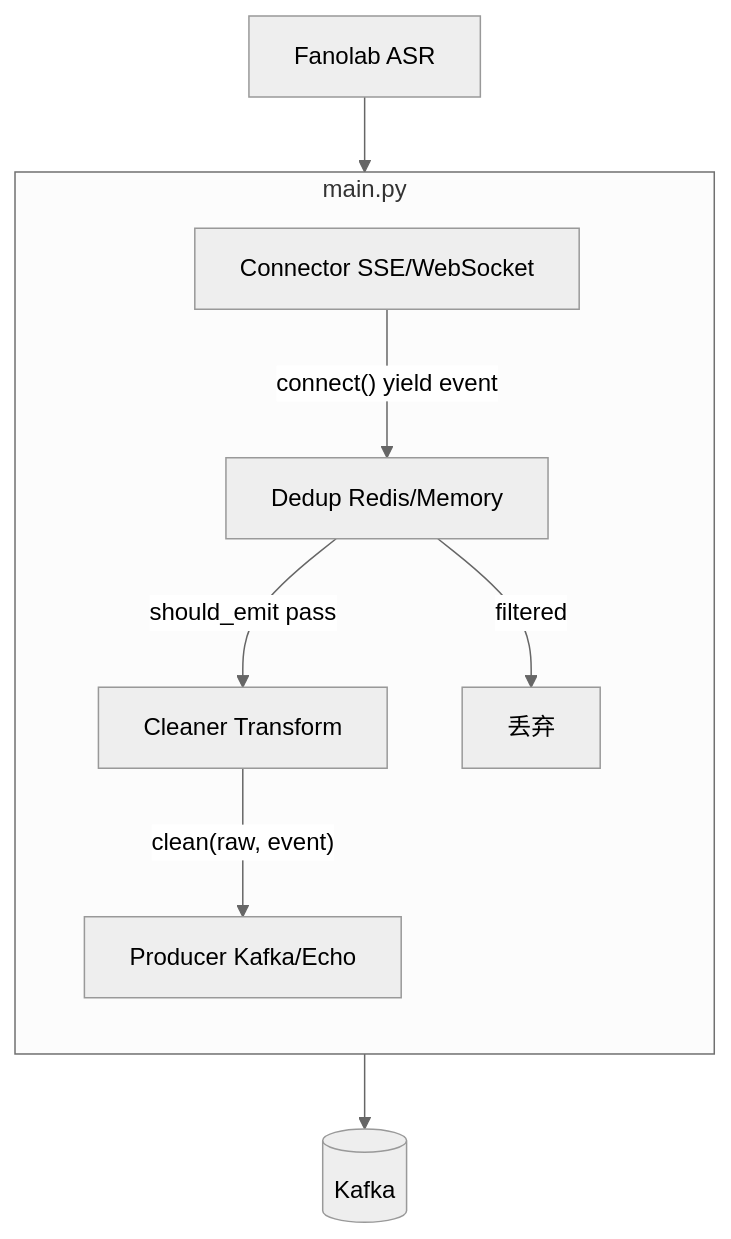
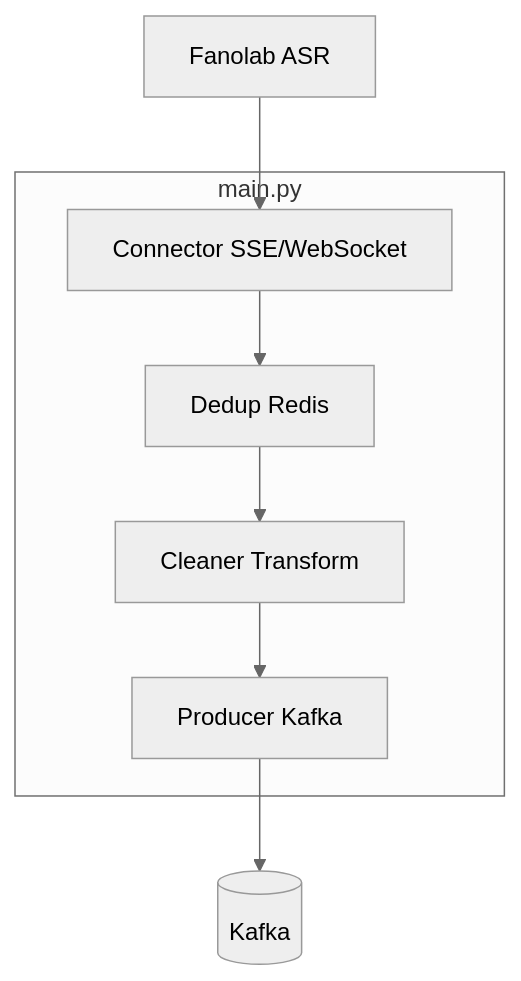
One commit to xiaodouya001/transcribe_service changed the first of 2 diagrams in README.md. Above: the diagram before and after it, drawn with Mermaid (neutral theme). The commit also changed other lines of this file and 54 other files, not shown here.

````diff
--- a/README.md
+++ b/README.md
@@ -40,16 +40,14 @@
 ```mermaid
 flowchart TB
     subgraph Main [main.py]
-        direction TB
         Connector[Connector SSE/WebSocket]
-        Dedup[Dedup Redis/Memory]
+        Dedup[Dedup Redis]
         Cleaner[Cleaner Transform]
-        Producer[Producer Kafka/Echo]
-        Connector -->|"connect() yield event"| Dedup
-        Dedup -->|"should_emit pass"| Cleaner
-        Cleaner -->|"clean(raw, event)"| Producer
-        Dedup -->|"filtered"| Drop[丢弃]
+        Producer[Producer Kafka]
+        Connector --> Dedup
+        Dedup --> Cleaner
+        Cleaner --> Producer
     end
     ASR[Fanolab ASR] --> Connector
     Producer --> Kafka[(Kafka)]
 ```
````
